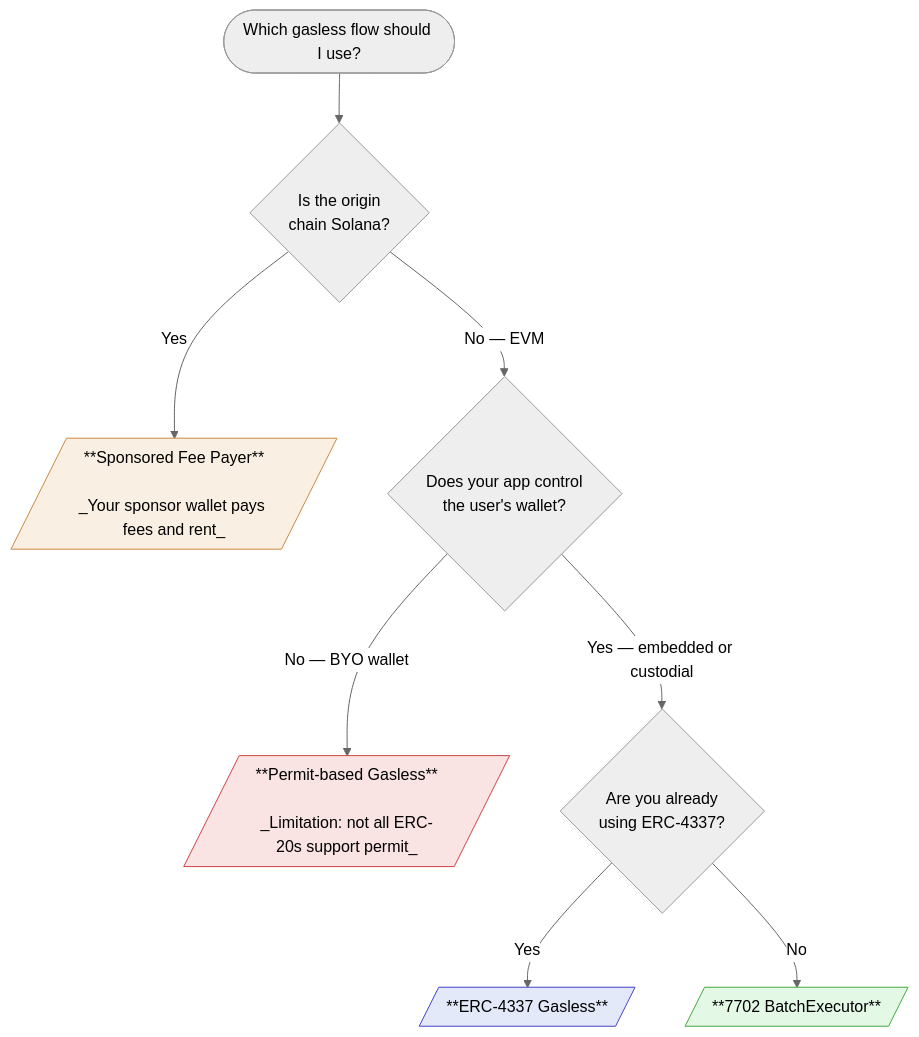
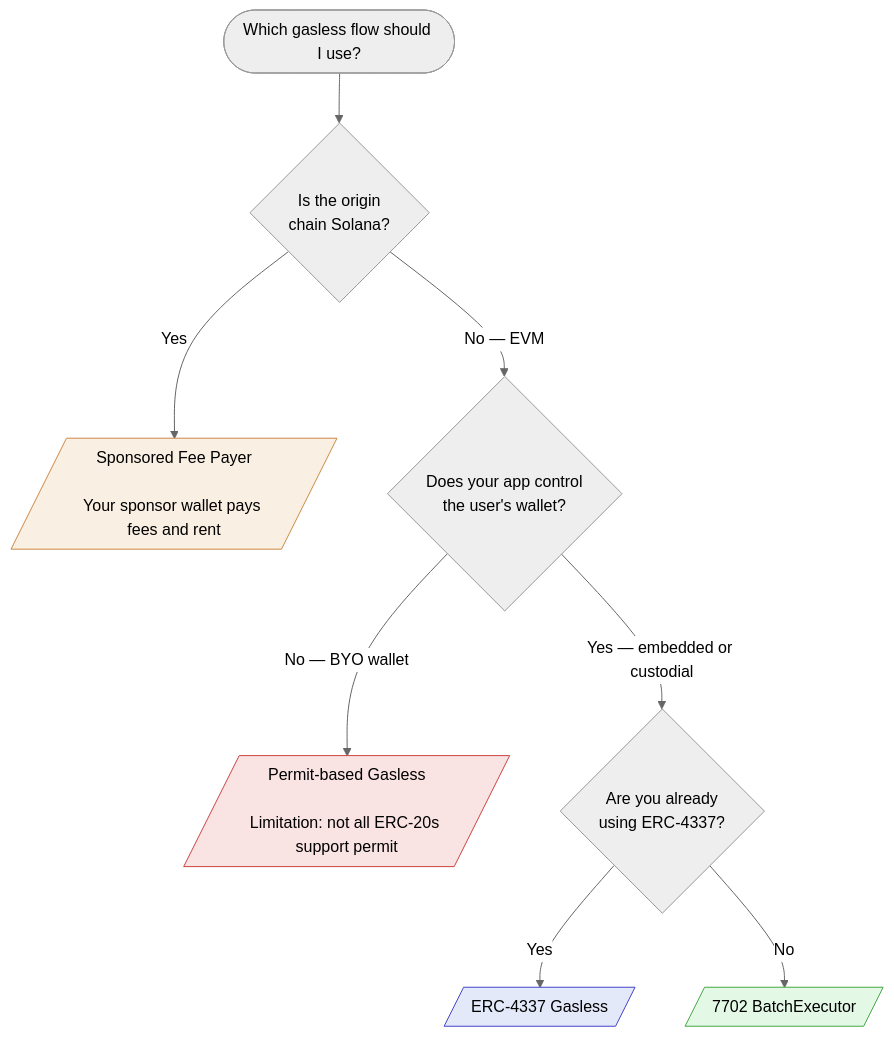
Before and after one commit to relayprotocol/relay-docs: the diagram in features/gasless-swaps.mdx, drawn with Mermaid (neutral theme). The commit also changed other lines of this file, not shown here.

First line of the commit message:
docs: apply post-merge review feedback on the Solana gasless section (#501)

````diff
--- a/features/gasless-swaps.mdx
+++ b/features/gasless-swaps.mdx
@@ -12,29 +12,29 @@
 ```mermaid placement="top-right"
 flowchart TD
     Start([Which gasless flow should I use?]) --> Origin
     Origin{Is the origin<br/>chain Solana?}
     Origin -->|Yes| FeePayer
     Origin -->|No — EVM| WalletControl
     WalletControl{Does your app control<br/>the user's wallet?}
     WalletControl -->|No — BYO wallet| Permit
     WalletControl -->|Yes — embedded or custodial| Has4337
     Has4337{Are you already<br/>using ERC-4337?}
     Has4337 -->|Yes| Smart4337
     Has4337 -->|No| BatchExecutor
 
-    Permit[/"**Permit-based Gasless**<br/><br/>_Limitation: not all ERC-20s support permit_"/]
-    Smart4337[/"**ERC-4337 Gasless**"/]
-    BatchExecutor[/"**7702 BatchExecutor**"/]
-    FeePayer[/"**Sponsored Fee Payer**<br/><br/>_Your sponsor wallet pays fees and rent_"/]
+    Permit[/"Permit-based Gasless<br/><br/>Limitation: not all ERC-20s support permit"/]
+    Smart4337[/"ERC-4337 Gasless"/]
+    BatchExecutor[/"7702 BatchExecutor"/]
+    FeePayer[/"Sponsored Fee Payer<br/><br/>Your sponsor wallet pays fees and rent"/]
 
     click Permit "#permit-based-gasless" _blank
     click Smart4337 "#erc-4337-gasless" _blank
     click BatchExecutor "#7702-batchexecutor" _blank
     click FeePayer "#gasless-swaps-on-solana" _blank
 
     style Permit fill:#f9e3e3,stroke:#c44,color:#000
     style Smart4337 fill:#e3e9f9,stroke:#44c,color:#000
     style BatchExecutor fill:#e3f9e6,stroke:#4a4,color:#000
     style FeePayer fill:#f9f0e3,stroke:#c84,color:#000
 
   ```
````
